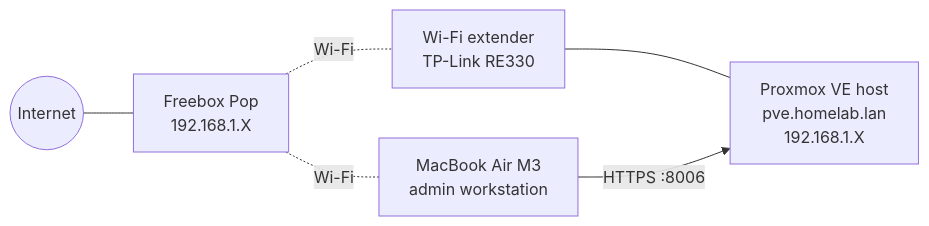
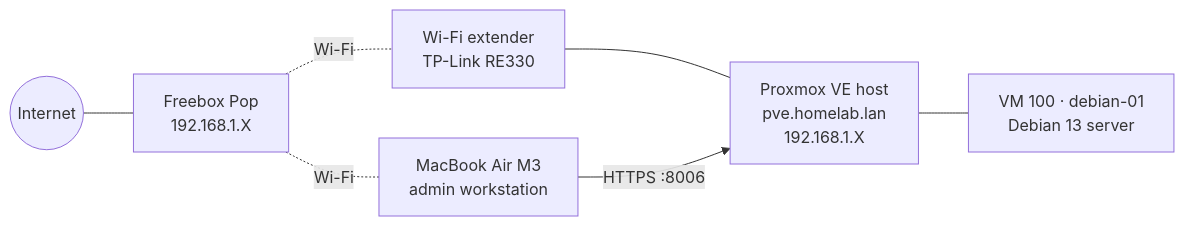
One commit to ObrouEva/homelab changed the diagram in README.md. Above: the diagram before and after it, drawn with Mermaid. The commit also changed other lines of this file and 6 other files, not shown here.

Commit message:
Week 02: project 04 Debian server VM

````diff
--- a/README.md
+++ b/README.md
@@ -23,8 +23,9 @@
 ```mermaid
 flowchart LR
     Internet((Internet)) --- Box[Freebox Pop<br/>192.168.1.X]
     Box -. Wi-Fi .- RE[Wi-Fi extender<br/>TP-Link RE330]
     RE --- PVE[Proxmox VE host<br/>pve.homelab.lan<br/>192.168.1.X]
+    PVE --- VM1[VM 100 · debian-01<br/>Debian 13 server]
     Box -. Wi-Fi .- Mac[MacBook Air M3<br/>admin workstation]
     Mac -- "HTTPS :8006" --> PVE
 ```
````
